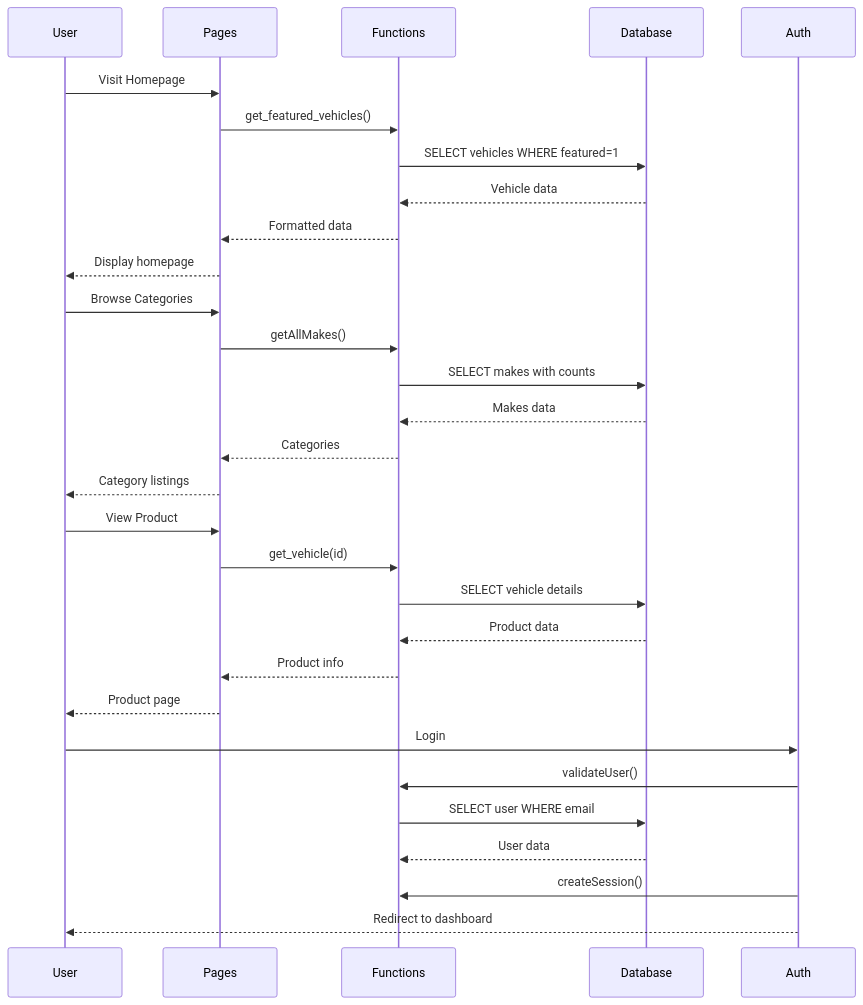
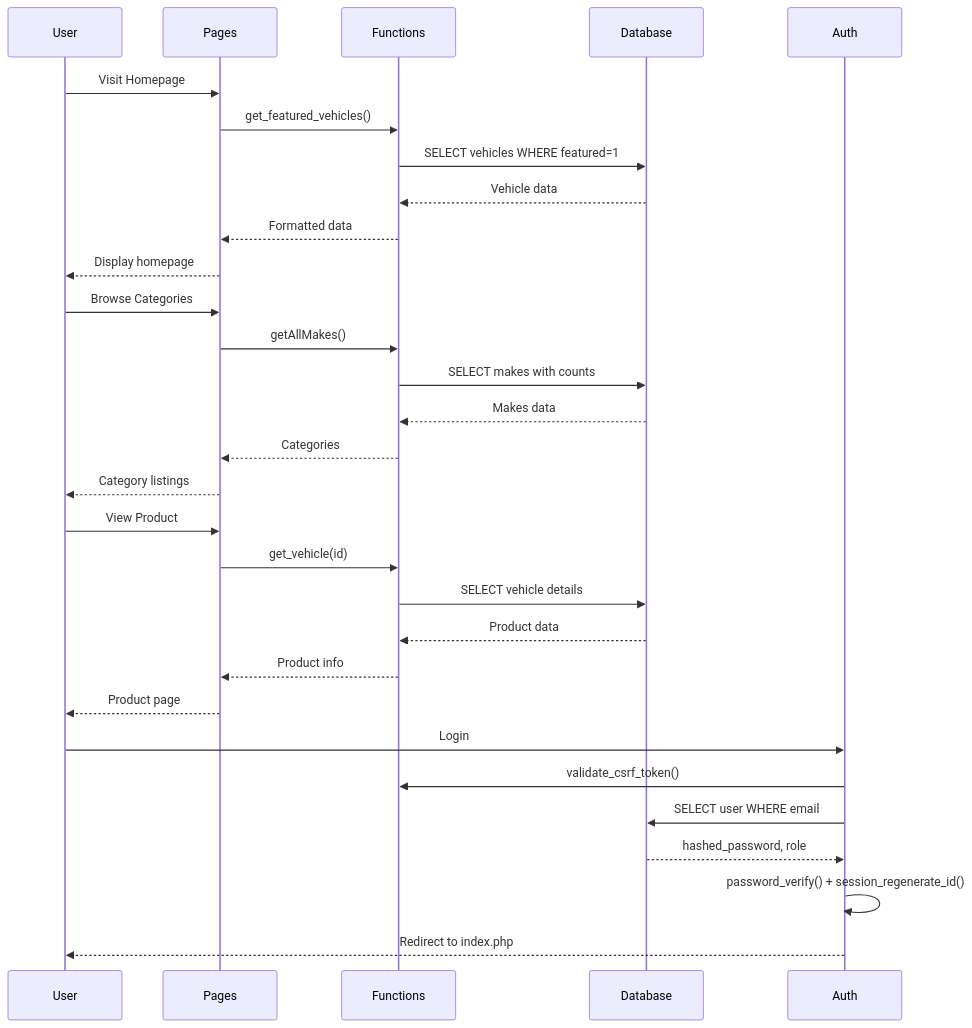
Before and after one commit to dreadlord-sedai/AuraEdition: the second of 5 diagrams in docs/architecture.md, drawn with Mermaid. The commit also changed other lines of this file and 313 other files, not shown here.

````diff
--- a/docs/architecture.md
+++ b/docs/architecture.md
@@ -211,36 +214,36 @@
 ```mermaid
 sequenceDiagram
     participant U as User
     participant P as Pages
     participant F as Functions
     participant DB as Database
     participant A as Auth
     
     U->>P: Visit Homepage
     P->>F: get_featured_vehicles()
     F->>DB: SELECT vehicles WHERE featured=1
     DB-->>F: Vehicle data
     F-->>P: Formatted data
     P-->>U: Display homepage
     
     U->>P: Browse Categories
     P->>F: getAllMakes()
     F->>DB: SELECT makes with counts
     DB-->>F: Makes data
     F-->>P: Categories
     P-->>U: Category listings
     
     U->>P: View Product
     P->>F: get_vehicle(id)
     F->>DB: SELECT vehicle details
     DB-->>F: Product data
     F-->>P: Product info
     P-->>U: Product page
     
     U->>A: Login
-    A->>F: validateUser()
-    F->>DB: SELECT user WHERE email
-    DB-->>F: User data
-    A->>F: createSession()
-    A-->>U: Redirect to dashboard
+    A->>F: validate_csrf_token()
+    A->>DB: SELECT user WHERE email
+    DB-->>A: hashed_password, role
+    A->>A: password_verify() + session_regenerate_id()
+    A-->>U: Redirect to index.php
 ```
````
